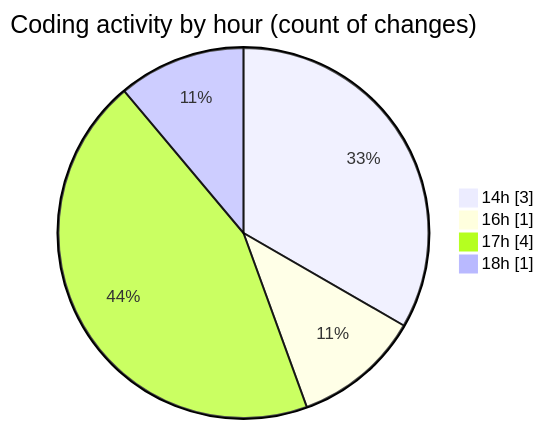
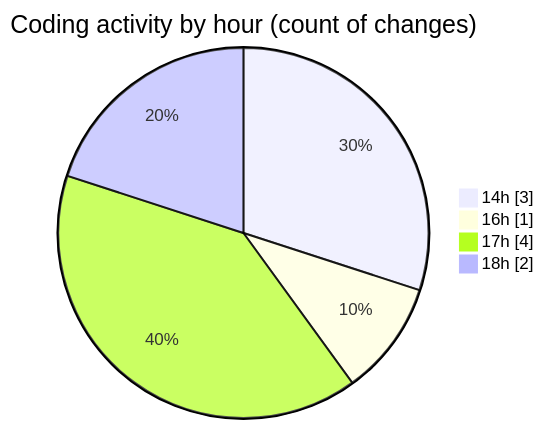
Before and after one commit to ricardozamudiocil/code-tracking: the second of 2 diagrams in 2026-11-23/informesdocpath/README.md, drawn with Mermaid. The commit also changed other lines of this file and 1 other file, not shown here.

````diff
--- a/2026-11-23/informesdocpath/README.md
+++ b/2026-11-23/informesdocpath/README.md
@@ -30,8 +30,8 @@
 ```mermaid
 pie showData
 title Coding activity by hour (count of changes)
 "14h" : 3
 "16h" : 1
 "17h" : 4
-"18h" : 1
+"18h" : 2
 ```
````
